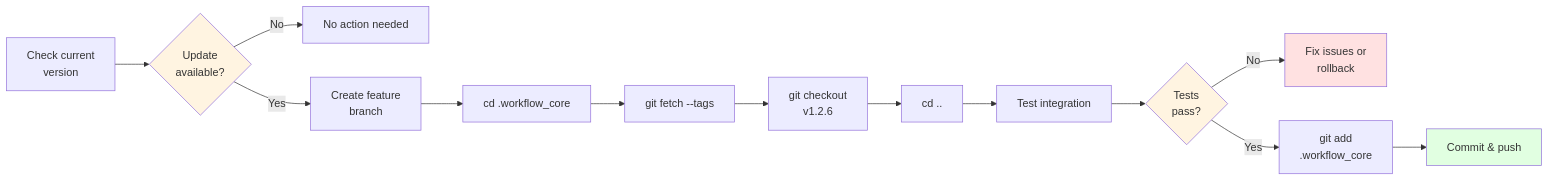
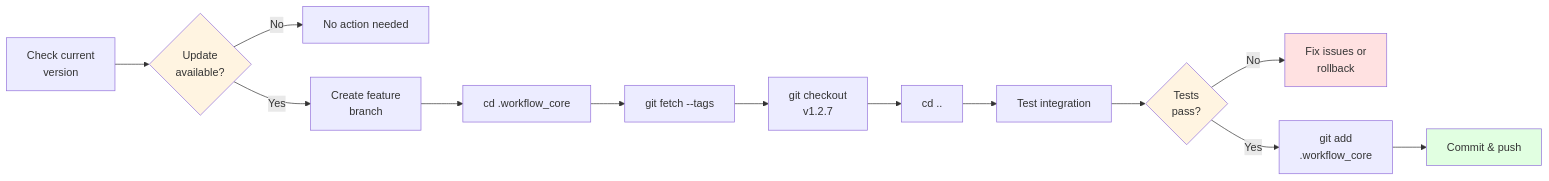
Before and after one commit to mpbarbosa/ai_workflow_core: the sixth of 23 diagrams in docs/diagrams/README.md, drawn with Mermaid. The commit also changed 28 other files, not shown here.

````diff
--- a/docs/diagrams/README.md
+++ b/docs/diagrams/README.md
@@ -196,20 +196,20 @@
 ```mermaid
 flowchart LR
     A[Check current<br/>version] --> B{Update<br/>available?}
     B -->|No| C[No action needed]
     B -->|Yes| D[Create feature<br/>branch]
     D --> E[cd .workflow_core]
     E --> F[git fetch --tags]
-    F --> G[git checkout<br/>v1.2.6]
+    F --> G[git checkout<br/>v1.2.7]
     G --> H[cd ..]
     H --> I[Test integration]
     I --> J{Tests<br/>pass?}
     J -->|No| K[Fix issues or<br/>rollback]
     J -->|Yes| L[git add<br/>.workflow_core]
     L --> M[Commit & push]
 
     style B fill:#fff4e1
     style J fill:#fff4e1
     style K fill:#ffe1e1
     style M fill:#e1ffe1
 ```
````
